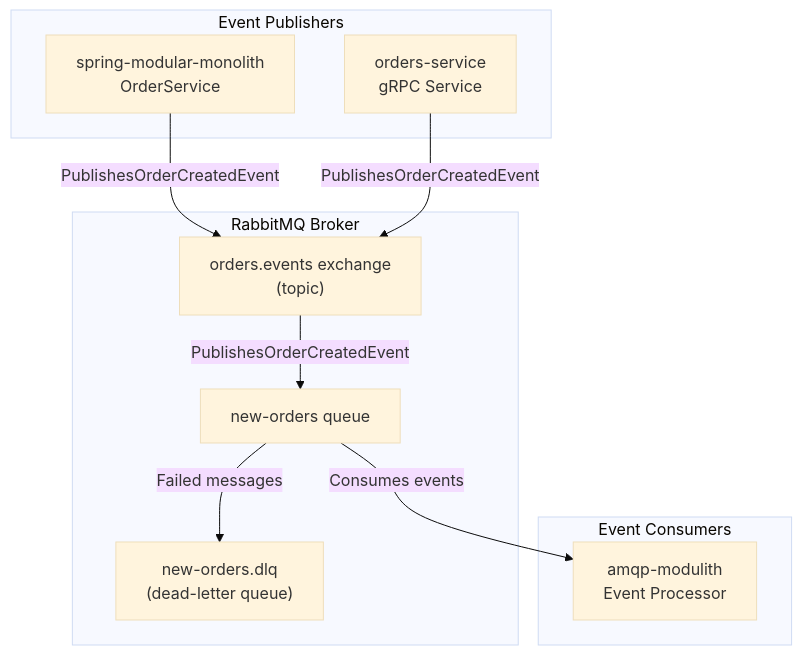
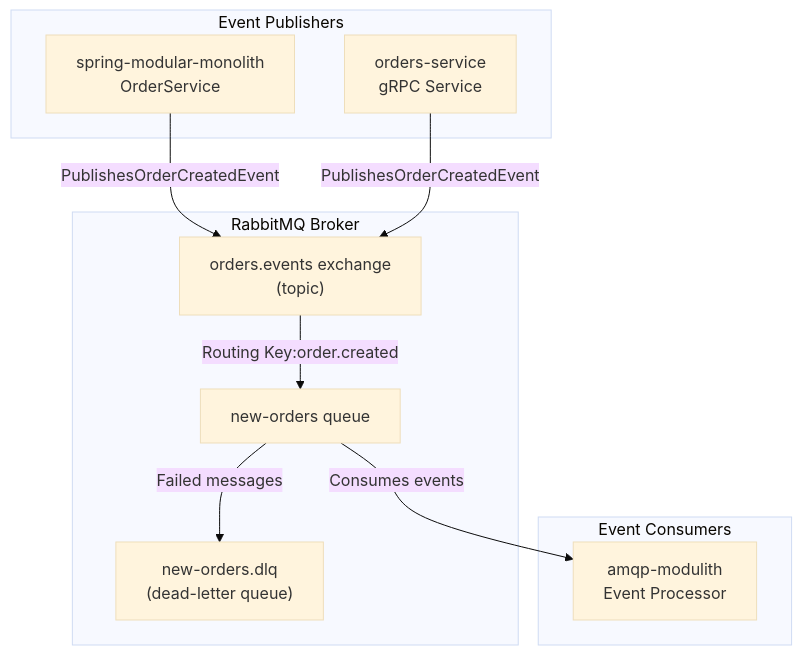
One commit to philipz/spring-modular-monolith changed the first of 4 diagrams in docs/deepwiki/Messaging-with-RabbitMQ.md. Above: the diagram before and after it, drawn with Mermaid (base theme). The commit also changed other lines of this file and 32 other files, not shown here.

````diff
--- a/docs/deepwiki/Messaging-with-RabbitMQ.md
+++ b/docs/deepwiki/Messaging-with-RabbitMQ.md
@@ -40,31 +40,31 @@
 ```mermaid
 flowchart TD
 
 Monolith["spring-modular-monolith<br>OrderService"]
 OrdersSvc["orders-service<br>gRPC Service"]
 Exchange["orders.events exchange<br>(topic)"]
 Queue["new-orders queue"]
 DLQ["new-orders.dlq<br>(dead-letter queue)"]
 AMQPMod["amqp-modulith<br>Event Processor"]
 
 Monolith -->|"PublishesOrderCreatedEvent"| Exchange
 OrdersSvc -->|"PublishesOrderCreatedEvent"| Exchange
 Queue -->|"Consumes events"| AMQPMod
 
 subgraph subGraph2 ["Event Consumers"]
     AMQPMod
 end
 
 subgraph subGraph1 ["RabbitMQ Broker"]
     Exchange
     Queue
     DLQ
-    Exchange -->|"PublishesOrderCreatedEvent"| Queue
+    Exchange -->|"Routing Key:order.created"| Queue
     Queue -->|"Failed messages"| DLQ
 end
 
 subgraph subGraph0 ["Event Publishers"]
     Monolith
     OrdersSvc
 end
 ```
````
